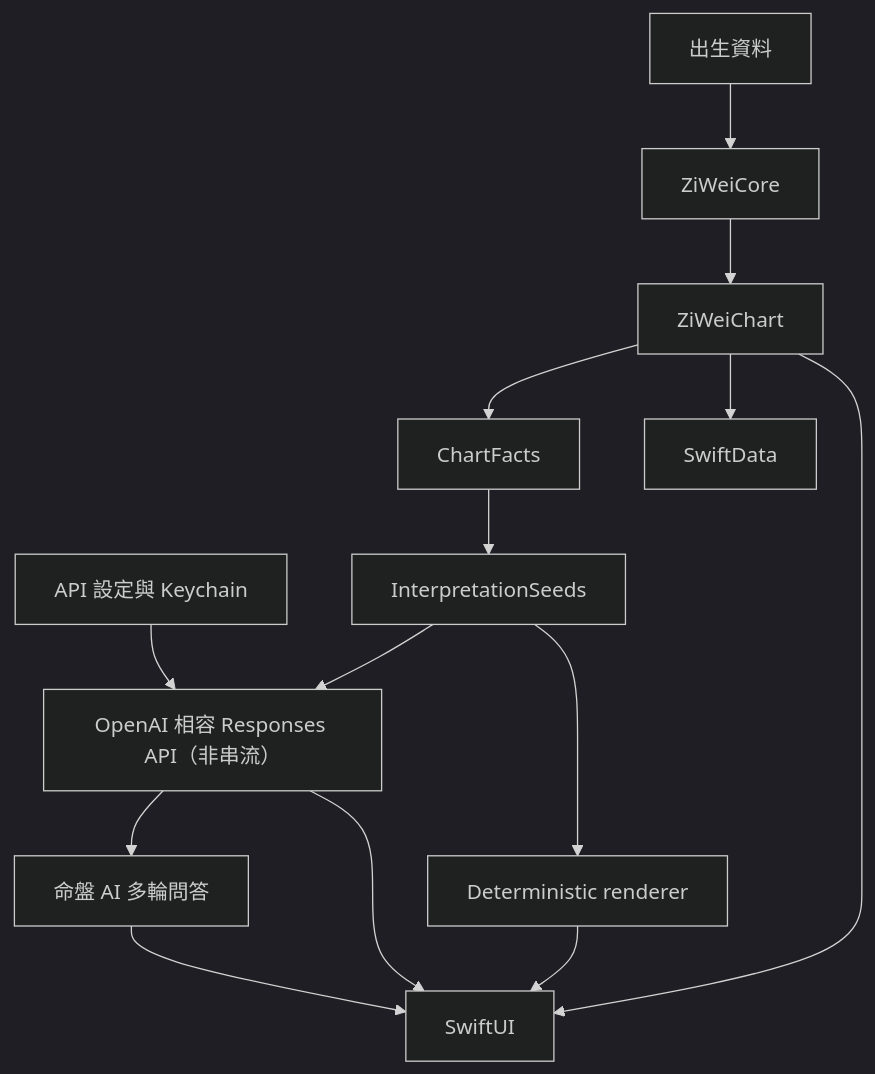
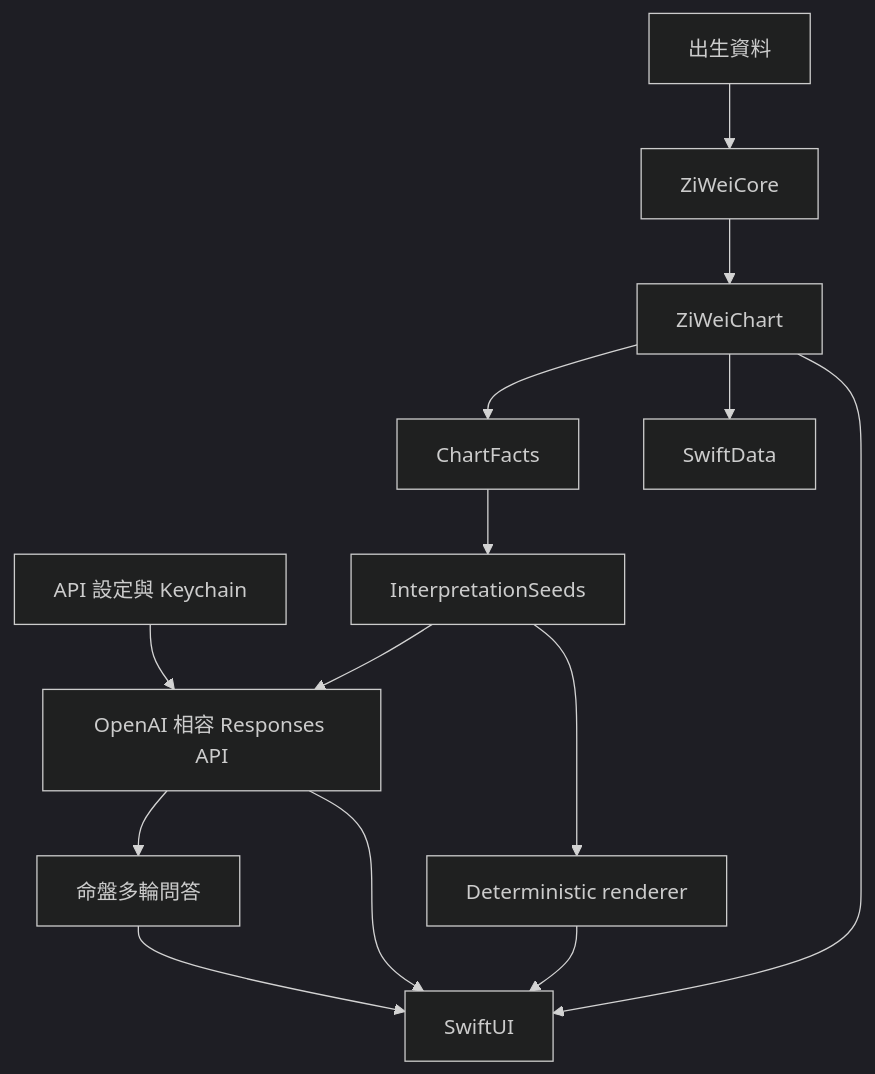
The second of 2 diagrams in README.md (narumiruna/mighty-zi-wei), drawn with Mermaid (dark theme) before and after one commit. The commit also changed other lines of this file, not shown here.

````diff
--- a/README.md
+++ b/README.md
@@ -111,28 +173,28 @@
 ```mermaid
 flowchart TD
     Input["出生資料"]
     Core["ZiWeiCore"]
     Chart["ZiWeiChart"]
     Facts["ChartFacts"]
     Seeds["InterpretationSeeds"]
     Settings["API 設定與 Keychain"]
-    AI["OpenAI 相容 Responses API（非串流）"]
-    Conversation["命盤 AI 多輪問答"]
+    AI["OpenAI 相容 Responses API"]
+    Conversation["命盤多輪問答"]
     Fallback["Deterministic renderer"]
     UI["SwiftUI"]
     Store["SwiftData"]
 
     Input --> Core
     Core --> Chart
     Chart --> Facts
     Facts --> Seeds
     Settings --> AI
     Seeds --> AI
     Seeds --> Fallback
     AI --> Conversation
     Conversation --> UI
     AI --> UI
     Fallback --> UI
     Chart --> UI
     Chart --> Store
 ```
````
